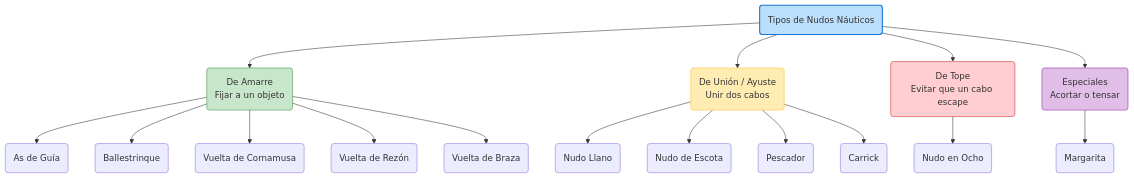
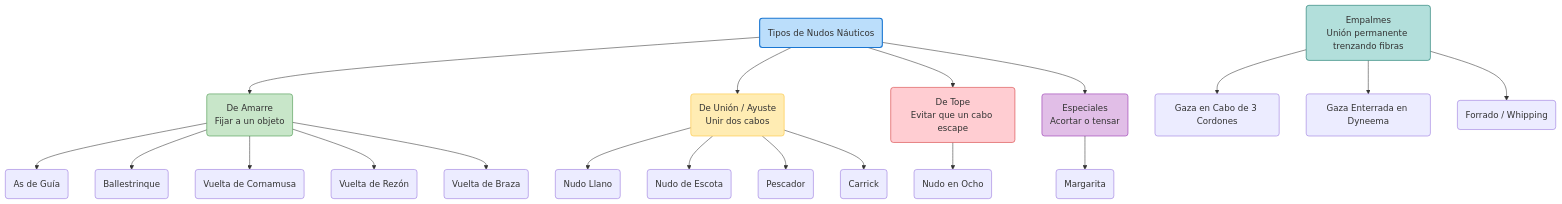
One commit to LegalIntermediaSL/Nautica changed the diagram in nudos/INDEX.md. Above: the diagram before and after it, drawn with Mermaid. The commit also changed other lines of this file and 81 other files, not shown here.

````diff
--- a/nudos/INDEX.md
+++ b/nudos/INDEX.md
@@ -5,32 +5,38 @@
 ```mermaid
 flowchart TD
     Nudos(Tipos de Nudos Náuticos) --> Amarre
     Nudos --> Union
     Nudos --> Tope
     Nudos --> Otros
     
     Amarre(De Amarre<br>Fijar a un objeto)
     Amarre --> As(As de Guía)
     Amarre --> Ballestrinque(Ballestrinque)
     Amarre --> Cornamusa(Vuelta de Cornamusa)
     Amarre --> Rezon(Vuelta de Rezón)
     Amarre --> Braza(Vuelta de Braza)
     
     Union(De Unión / Ayuste<br>Unir dos cabos)
     Union --> Llano(Nudo Llano)
     Union --> Escota(Nudo de Escota)
     Union --> Pescador(Pescador)
     Union --> Carrick(Carrick)
     
     Tope(De Tope<br>Evitar que un cabo escape)
     Tope --> Ocho(Nudo en Ocho)
     
     Otros(Especiales<br>Acortar o tensar)
     Otros --> Margarita(Margarita)
+
+    Empalmes(Empalmes<br>Unión permanente trenzando fibras)
+    Empalmes --> Gaza3(Gaza en Cabo de 3 Cordones)
+    Empalmes --> GazaDyneema(Gaza Enterrada en Dyneema)
+    Empalmes --> Forrado(Forrado / Whipping)
     
     style Nudos fill:#bbdefb,stroke:#1976d2,stroke-width:2px
     style Amarre fill:#c8e6c9,stroke:#388e3c
     style Union fill:#ffecb3,stroke:#fbc02d
     style Tope fill:#ffcdd2,stroke:#d32f2f
     style Otros fill:#e1bee7,stroke:#8e24aa
+    style Empalmes fill:#b2dfdb,stroke:#00695c
 ```
````
